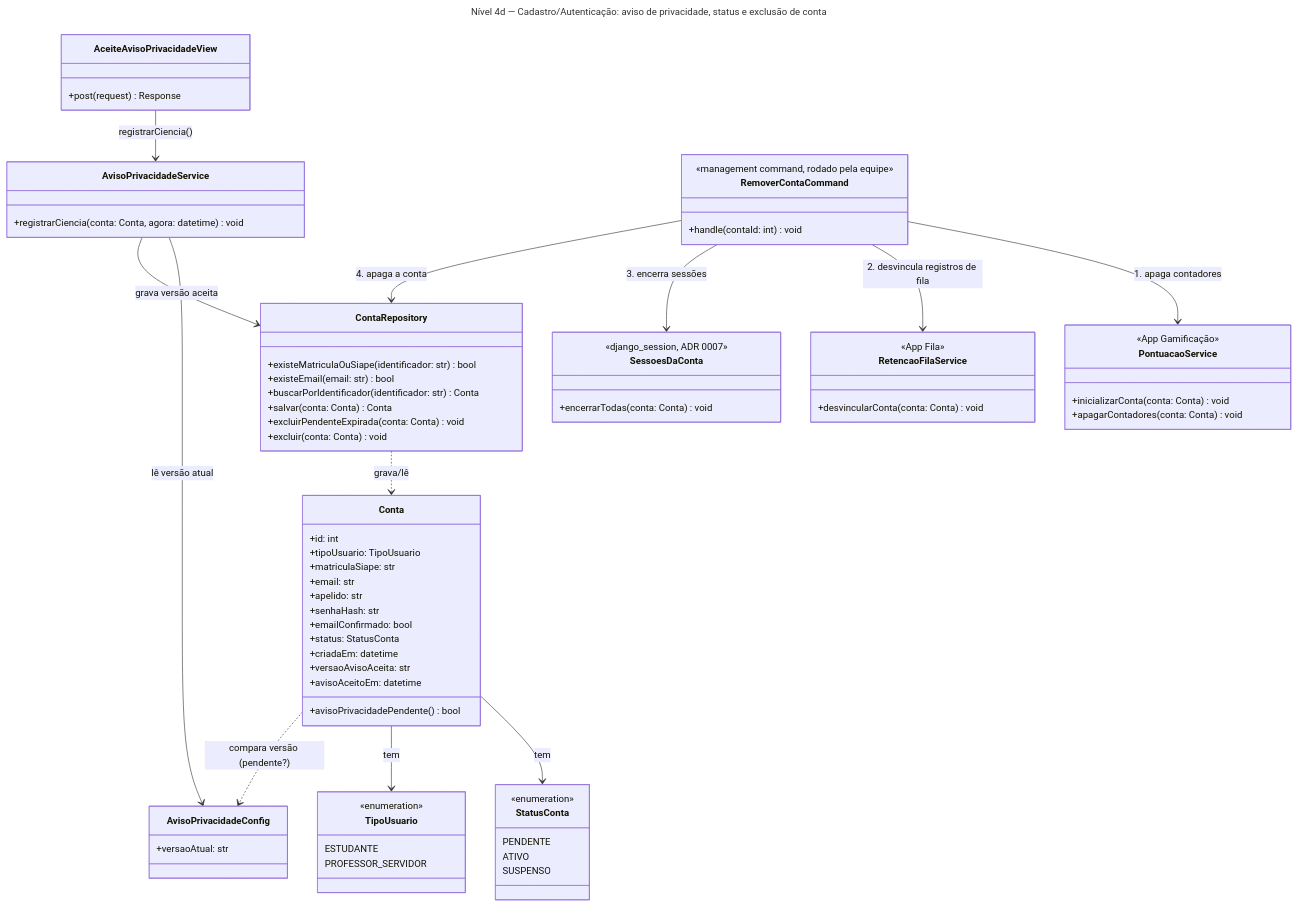
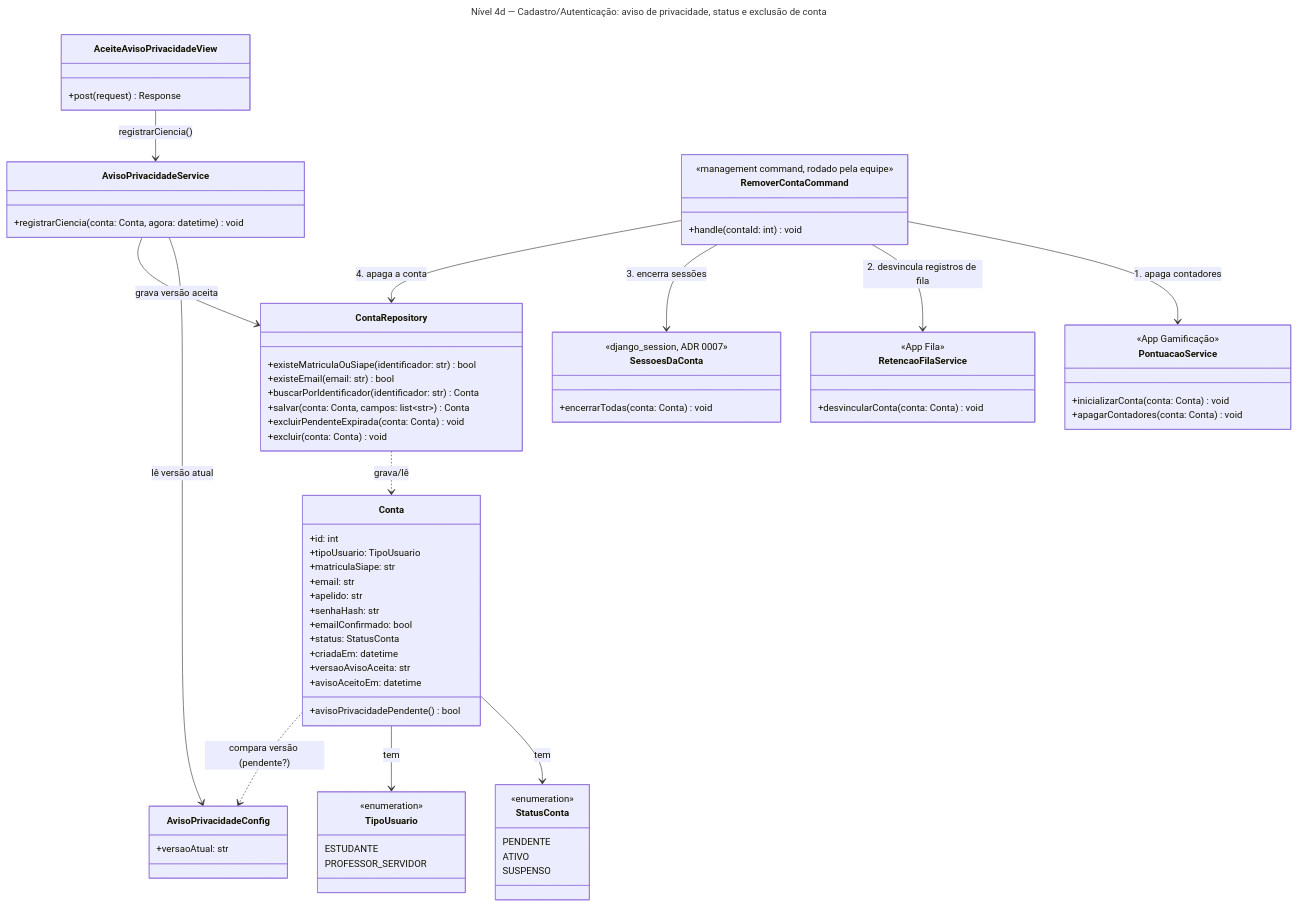
The fourth of 4 diagrams in docs/arquitetura/backend/c4-nivel-4-cadastro-autenticacao.md (unb-mds/2026-2-Bandejao-UnB), drawn with Mermaid before and after one commit. The commit also changed other lines of this file and 2 other files, not shown here.

````diff
--- a/docs/arquitetura/backend/c4-nivel-4-cadastro-autenticacao.md
+++ b/docs/arquitetura/backend/c4-nivel-4-cadastro-autenticacao.md
@@ -456,77 +495,77 @@
 ```mermaid
 ---
 title: "Nível 4d — Cadastro/Autenticação: aviso de privacidade, status e exclusão de conta"
 ---
 classDiagram
   class Conta {
     +id: int
     +tipoUsuario: TipoUsuario
     +matriculaSiape: str
     +email: str
     +apelido: str
     +senhaHash: str
     +emailConfirmado: bool
     +status: StatusConta
     +criadaEm: datetime
     +versaoAvisoAceita: str
     +avisoAceitoEm: datetime
     +avisoPrivacidadePendente() bool
   }
   class StatusConta {
     <<enumeration>>
     PENDENTE
     ATIVO
     SUSPENSO
   }
   class TipoUsuario {
     <<enumeration>>
     ESTUDANTE
     PROFESSOR_SERVIDOR
   }
   class AceiteAvisoPrivacidadeView {
     +post(request) Response
   }
   class AvisoPrivacidadeService {
     +registrarCiencia(conta: Conta, agora: datetime) void
   }
   class AvisoPrivacidadeConfig {
     +versaoAtual: str
   }
   class ContaRepository {
     +existeMatriculaOuSiape(identificador: str) bool
     +existeEmail(email: str) bool
     +buscarPorIdentificador(identificador: str) Conta
-    +salvar(conta: Conta) Conta
+    +salvar(conta: Conta, campos: list~str~) Conta
     +excluirPendenteExpirada(conta: Conta) void
     +excluir(conta: Conta) void
   }
   class RemoverContaCommand {
     <<management command, rodado pela equipe>>
     +handle(contaId: int) void
   }
   class SessoesDaConta {
     <<django_session, ADR 0007>>
     +encerrarTodas(conta: Conta) void
   }
   class PontuacaoService {
     <<App Gamificação>>
     +inicializarConta(conta: Conta) void
     +apagarContadores(conta: Conta) void
   }
   class RetencaoFilaService {
     <<App Fila>>
     +desvincularConta(conta: Conta) void
   }
 
   Conta --> StatusConta : tem
   RemoverContaCommand --> PontuacaoService : 1. apaga contadores
   RemoverContaCommand --> RetencaoFilaService : 2. desvincula registros de fila
   RemoverContaCommand --> SessoesDaConta : 3. encerra sessões
   RemoverContaCommand --> ContaRepository : 4. apaga a conta
   ContaRepository ..> Conta : grava/lê
   Conta --> TipoUsuario : tem
   AceiteAvisoPrivacidadeView --> AvisoPrivacidadeService : registrarCiencia()
   AvisoPrivacidadeService --> AvisoPrivacidadeConfig : lê versão atual
   AvisoPrivacidadeService --> ContaRepository : grava versão aceita
   Conta ..> AvisoPrivacidadeConfig : compara versão (pendente?)
 ```
````
